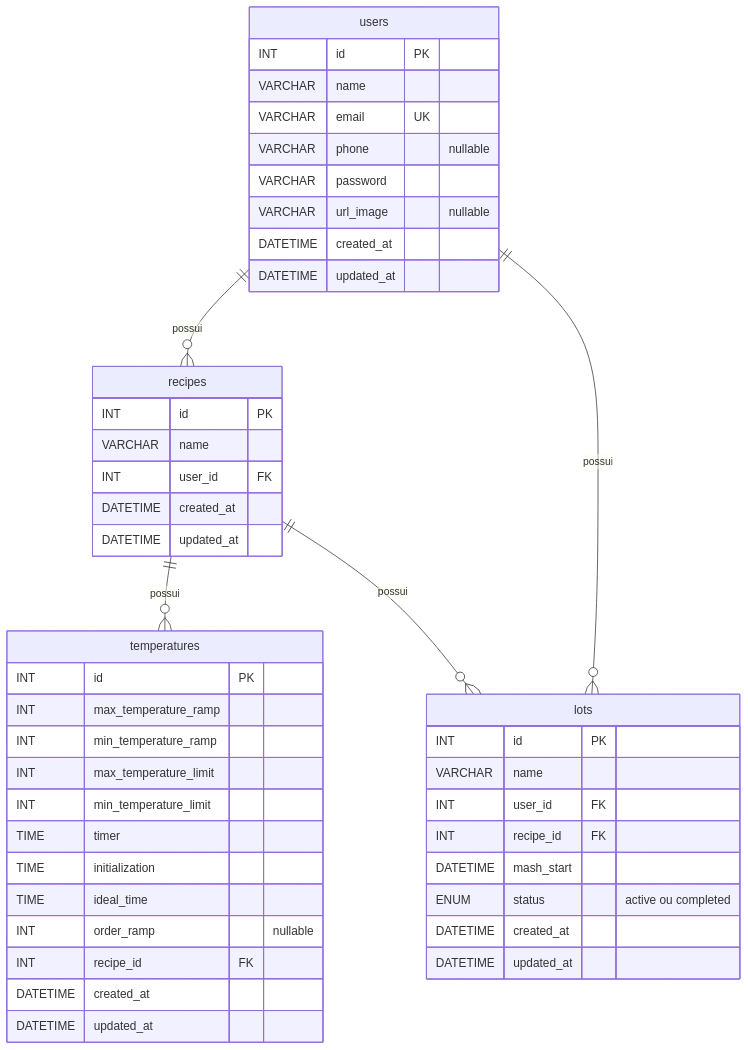
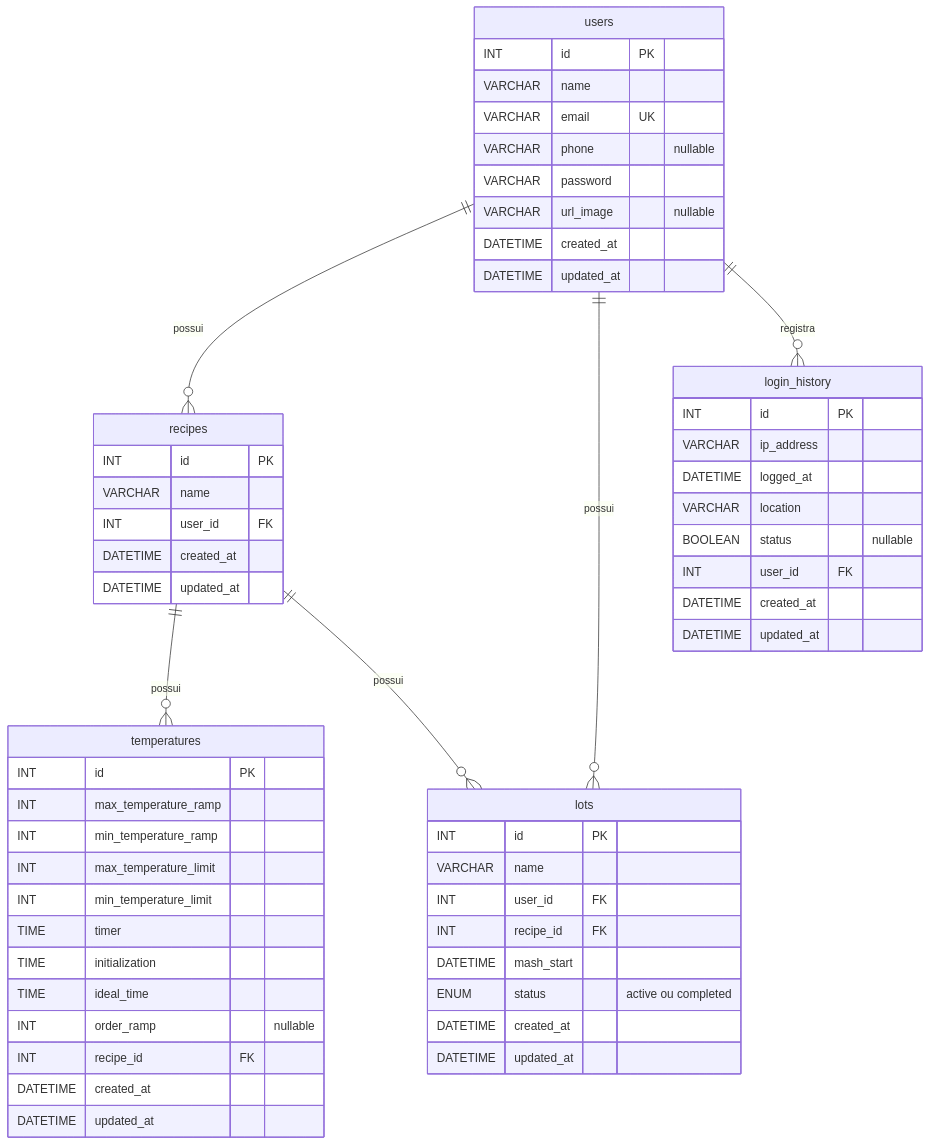
The diagram in diagrama_mer_mash.mmd (conloq/database), drawn with Mermaid before and after one commit. The commit also changed 2 other files, not shown here.

Commit message:
docs: incluir login_history no MER implementado e atualizar o estado de lots (conloq/mash#102)

```diff
--- a/diagrama_mer_mash.mmd
+++ b/diagrama_mer_mash.mmd
@@ -1,51 +1,61 @@
-%% Atualizado em 29/10/2026: inclui a tabela lots.
-%% users, recipes e temperatures vêm das migrations de conloq/Back-End. lots ainda não tem
-%% migration na main do Back-End (#31 em Ready): foi incluída por decisão do Haimon em
-%% 29/10/2026. Se a #31 não entrar até a entrega de 03/11/2026, voltar lots para o MER planejado.
+%% Atualizado em 02/11/2026: inclui login_history.
+%% Todas as tabelas vêm das migrations de conloq/Back-End: lots pela 20261029120000-criar-tabela-lot
+%% (conloq/Back-End#35) e login_history pela 20261102120000-criar-tabela-login-history (conloq/Back-End#37).
 erDiagram
     users ||--o{ recipes : possui
     recipes ||--o{ temperatures : possui
     users ||--o{ lots : possui
     recipes ||--o{ lots : possui
+    users ||--o{ login_history : registra
 
     users {
         INT id PK
         VARCHAR name
         VARCHAR email UK
         VARCHAR phone "nullable"
         VARCHAR password
         VARCHAR url_image "nullable"
         DATETIME created_at
         DATETIME updated_at
     }
     recipes {
         INT id PK
         VARCHAR name
         INT user_id FK
         DATETIME created_at
         DATETIME updated_at
     }
     temperatures {
         INT id PK
         INT max_temperature_ramp
         INT min_temperature_ramp
         INT max_temperature_limit
         INT min_temperature_limit
         TIME timer
         TIME initialization
         TIME ideal_time
         INT order_ramp "nullable"
         INT recipe_id FK
         DATETIME created_at
         DATETIME updated_at
     }
     lots {
         INT id PK
         VARCHAR name
         INT user_id FK
         INT recipe_id FK
         DATETIME mash_start
         ENUM status "active ou completed"
         DATETIME created_at
         DATETIME updated_at
     }
+    login_history {
+        INT id PK
+        VARCHAR ip_address
+        DATETIME logged_at
+        VARCHAR location
+        BOOLEAN status "nullable"
+        INT user_id FK
+        DATETIME created_at
+        DATETIME updated_at
+    }
```
